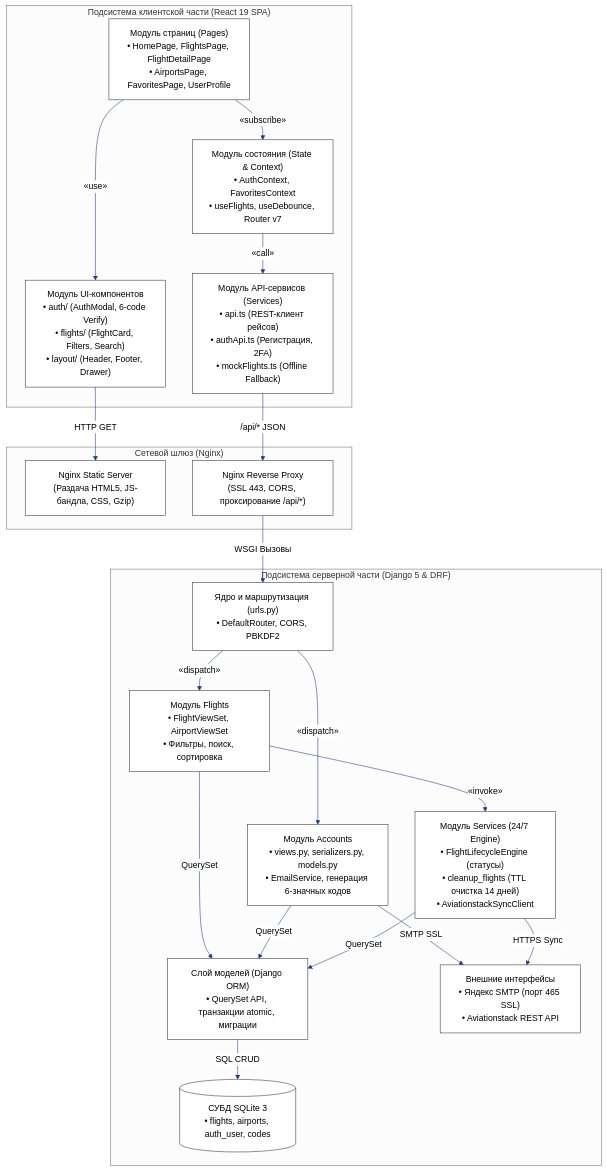
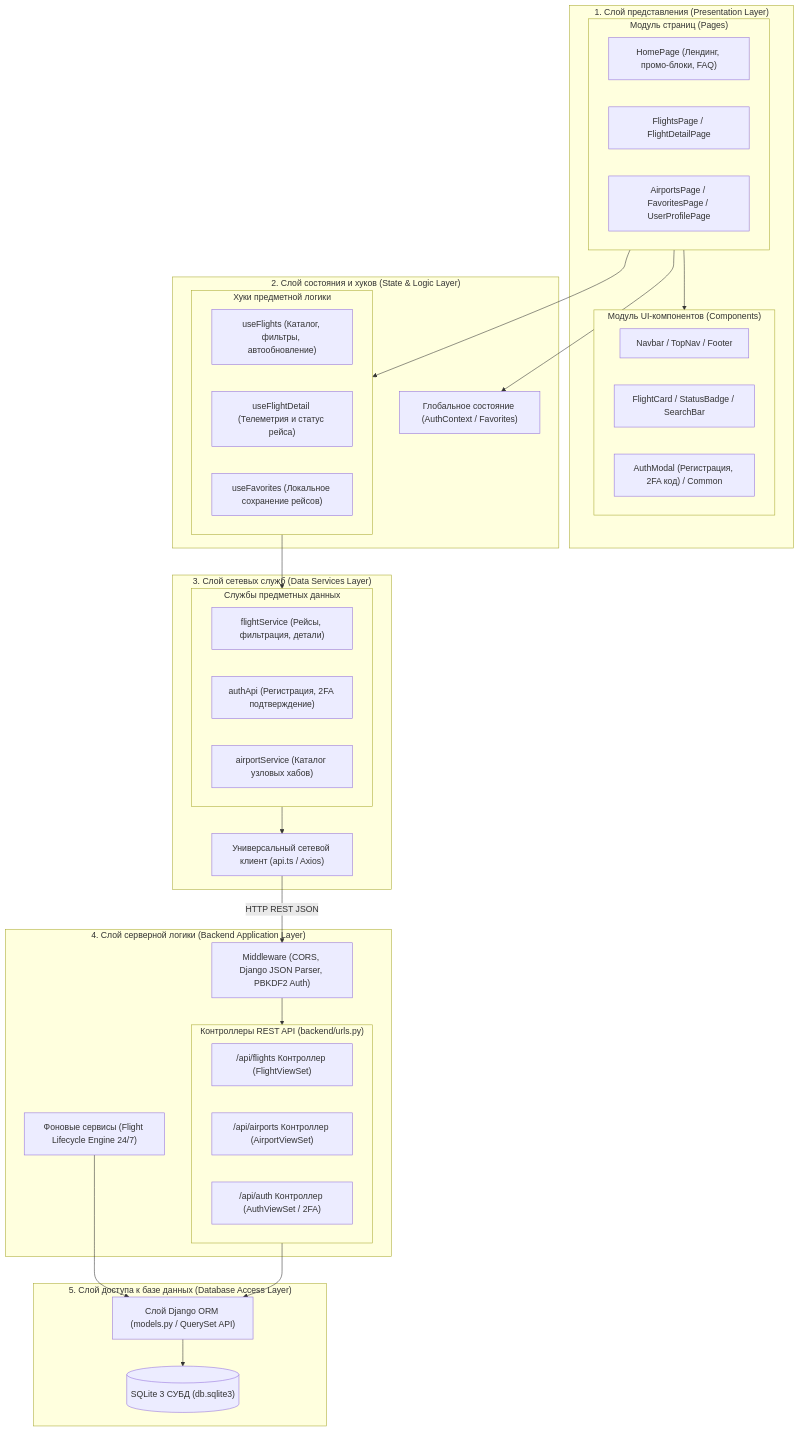
One commit to Shonni123/RPI_Kurs changed the diagram in docs/MODULE_DIAGRAM.md. Above: the diagram before and after it, drawn with Mermaid. The commit also changed other lines of this file and 5 other files, not shown here.

Commit message:
docs: align module diagram with 5-layer pattern (sample student format)

````diff
--- a/docs/MODULE_DIAGRAM.md
+++ b/docs/MODULE_DIAGRAM.md
@@ -20,44 +20,61 @@
 ```mermaid
-%%{init: {'theme': 'neutral', 'themeVariables': {'darkMode': false, 'background': '#FFFFFF', 'mainBkg': '#FFFFFF', 'nodeBorder': '#333333', 'textColor': '#000000', 'lineColor': '#1E3A8A'}}}%%
-graph TD
-    subgraph Frontend["Подсистема клиентской части (React 19 SPA)"]
-        Pages["Модуль страниц (Pages)<br/>• HomePage, FlightsPage, FlightDetailPage<br/>• AirportsPage, FavoritesPage, UserProfile"]
-        UI_Components["Модуль UI-компонентов<br/>• auth/ (AuthModal, 6-code Verify)<br/>• flights/ (FlightCard, Filters, Search)<br/>• layout/ (Header, Footer, Drawer)"]
-        State_Module["Модуль состояния (State & Context)<br/>• AuthContext, FavoritesContext<br/>• useFlights, useDebounce, Router v7"]
-        Services_Module["Модуль API-сервисов (Services)<br/>• api.ts (REST-клиент рейсов)<br/>• authApi.ts (Регистрация, 2FA)<br/>• mockFlights.ts (Offline Fallback)"]
-        
-        Pages -->|"«use»"| UI_Components
-        Pages -->|"«subscribe»"| State_Module
-        State_Module -->|"«call»"| Services_Module
+flowchart TD
+    subgraph LAYER_PRES["1. Слой представления (Presentation Layer)"]
+        subgraph MOD_PAGES["Модуль страниц (Pages)"]
+            P_HOME["HomePage (Лендинг, промо-блоки, FAQ)"]
+            P_FLIGHTS["FlightsPage / FlightDetailPage"]
+            P_EXTRA["AirportsPage / FavoritesPage / UserProfilePage"]
+        end
+        subgraph MOD_UI["Модуль UI-компонентов (Components)"]
+            UI_NAV["Navbar / TopNav / Footer"]
+            UI_FLIGHT["FlightCard / StatusBadge / SearchBar"]
+            UI_AUTH["AuthModal (Регистрация, 2FA код) / Common"]
+        end
     end
 
-    subgraph Gateway["Сетевой шлюз (Nginx)"]
-        Nginx_Static["Nginx Static Server<br/>(Раздача HTML5, JS-бандла, CSS, Gzip)"]
-        Nginx_Proxy["Nginx Reverse Proxy<br/>(SSL 443, CORS, проксирование /api/*)"]
+    subgraph LAYER_STATE["2. Слой состояния и хуков (State & Logic Layer)"]
+        CTX["Глобальное состояние (AuthContext / Favorites)"]
+        subgraph MOD_HOOKS["Хуки предметной логики"]
+            H_FLIGHTS["useFlights (Каталог, фильтры, автообновление)"]
+            H_DETAIL["useFlightDetail (Телеметрия и статус рейса)"]
+            H_FAV["useFavorites (Локальное сохранение рейсов)"]
+        end
     end
 
-    subgraph Backend["Подсистема серверной части (Django 5 & DRF)"]
-        Router_Module["Ядро и маршрутизация (urls.py)<br/>• DefaultRouter, CORS, PBKDF2"]
-        Accounts_App["Модуль Accounts<br/>• views.py, serializers.py, models.py<br/>• EmailService, генерация 6-значных кодов"]
-        Flights_App["Модуль Flights<br/>• FlightViewSet, AirportViewSet<br/>• Фильтры, поиск, сортировка"]
-        Lifecycle_Engine["Модуль Services (24/7 Engine)<br/>• FlightLifecycleEngine (статусы)<br/>• cleanup_flights (TTL очистка 14 дней)<br/>• AviationstackSyncClient"]
-        Django_ORM["Слой моделей (Django ORM)<br/>• QuerySet API, транзакции atomic, миграции"]
-        SQLite_DB[("СУБД SQLite 3<br/>• flights, airports, auth_user, codes")]
-        External_Services["Внешние интерфейсы<br/>• Яндекс SMTP (порт 465 SSL)<br/>• Aviationstack REST API"]
-
-        Router_Module -->|"«dispatch»"| Accounts_App
-        Router_Module -->|"«dispatch»"| Flights_App
-        Flights_App -->|"«invoke»"| Lifecycle_Engine
-        Flights_App -->|"QuerySet"| Django_ORM
-        Accounts_App -->|"QuerySet"| Django_ORM
-        Lifecycle_Engine -->|"QuerySet"| Django_ORM
-        Django_ORM -->|"SQL CRUD"| SQLite_DB
-        Accounts_App -->|"SMTP SSL"| External_Services
-        Lifecycle_Engine -->|"HTTPS Sync"| External_Services
+    subgraph LAYER_SVC["3. Слой сетевых служб (Data Services Layer)"]
+        API_CLIENT["Универсальный сетевой клиент (api.ts / Axios)"]
+        subgraph MOD_SVC["Службы предметных данных"]
+            S_FLIGHTS["flightService (Рейсы, фильтрация, детали)"]
+            S_AUTH["authApi (Регистрация, 2FA подтверждение)"]
+            S_AIRPORT["airportService (Каталог узловых хабов)"]
+        end
     end
 
-    %% Межсистемные связи
-    UI_Components -->|"HTTP GET"| Nginx_Static
-    Services_Module -->|"/api/* JSON"| Nginx_Proxy
-    Nginx_Proxy -->|"WSGI Вызовы"| Router_Module
+    subgraph LAYER_BE["4. Слой серверной логики (Backend Application Layer)"]
+        MID["Middleware (CORS, Django JSON Parser, PBKDF2 Auth)"]
+        subgraph MOD_ROUTERS["Контроллеры REST API (backend/urls.py)"]
+            R_FLIGHTS["/api/flights Контроллер (FlightViewSet)"]
+            R_AIRPORTS["/api/airports Контроллер (AirportViewSet)"]
+            R_AUTH["/api/auth Контроллер (AuthViewSet / 2FA)"]
+        end
+        ENGINE["Фоновые сервисы (Flight Lifecycle Engine 24/7)"]
+    end
+
+    subgraph LAYER_DATA["5. Слой доступа к базе данных (Database Access Layer)"]
+        DB_MOD["Слой Django ORM (models.py / QuerySet API)"]
+        DB_STORE[("SQLite 3 СУБД (db.sqlite3)")]
+    end
+
+    %% Четкие межслойные связи сверху вниз
+    MOD_PAGES --> MOD_UI
+    MOD_PAGES --> CTX
+    MOD_PAGES --> MOD_HOOKS
+    MOD_HOOKS --> MOD_SVC
+    MOD_SVC --> API_CLIENT
+
+    API_CLIENT -->|HTTP REST JSON| MID
+    MID --> MOD_ROUTERS
+    MOD_ROUTERS --> DB_MOD
+    ENGINE --> DB_MOD
+    DB_MOD --> DB_STORE
 ```
````
